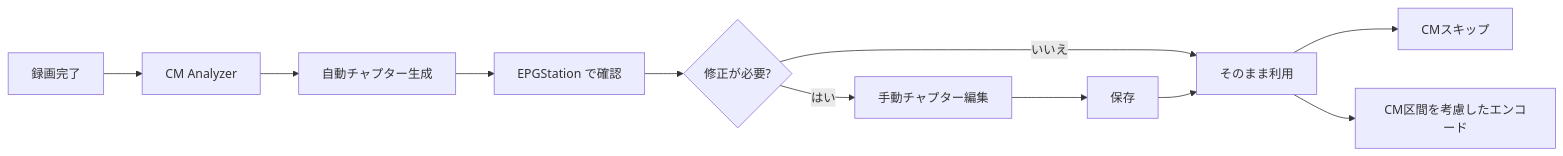
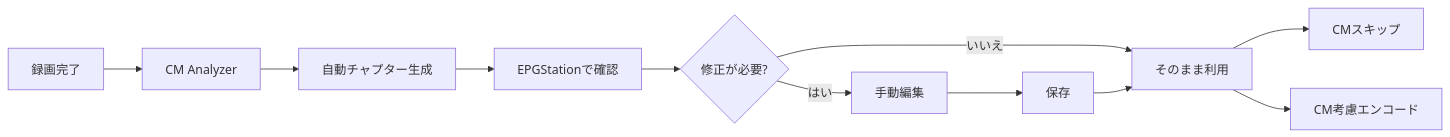
Before and after one commit to rucola-salad/docker-mirakurun-epgstation: the fourth of 5 diagrams in README.md, drawn with Mermaid. The commit also changed other lines of this file, not shown here.

````diff
--- a/README.md
+++ b/README.md
@@ -295,13 +361,13 @@
 ```mermaid
 flowchart LR
     REC[録画完了] --> ANA[CM Analyzer]
     ANA --> AUTO[自動チャプター生成]
-    AUTO --> CHECK[EPGStation で確認]
+    AUTO --> CHECK[EPGStationで確認]
     CHECK --> NEED{修正が必要?}
     NEED -->|いいえ| USE[そのまま利用]
-    NEED -->|はい| EDIT[手動チャプター編集]
+    NEED -->|はい| EDIT[手動編集]
     EDIT --> SAVE[保存]
     SAVE --> USE
     USE --> SKIP[CMスキップ]
-    USE --> CUT[CM区間を考慮したエンコード]
+    USE --> CUT[CM考慮エンコード]
 ```
````
